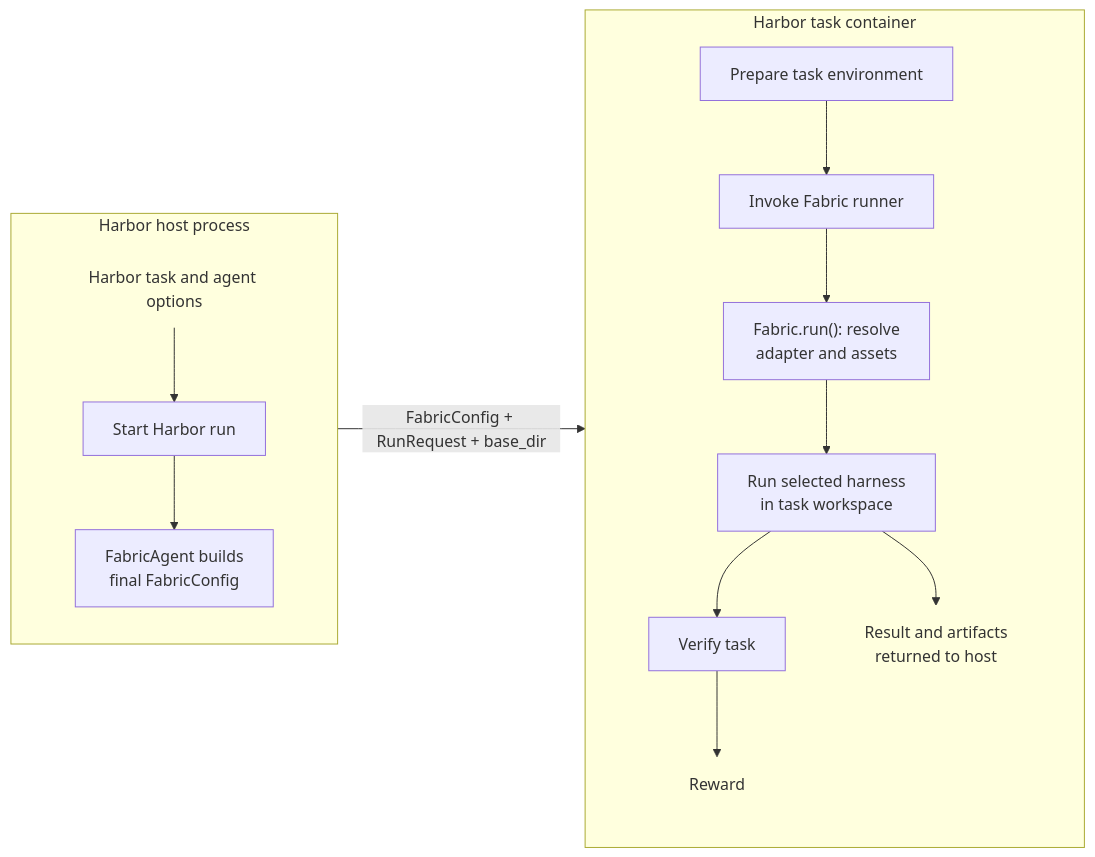
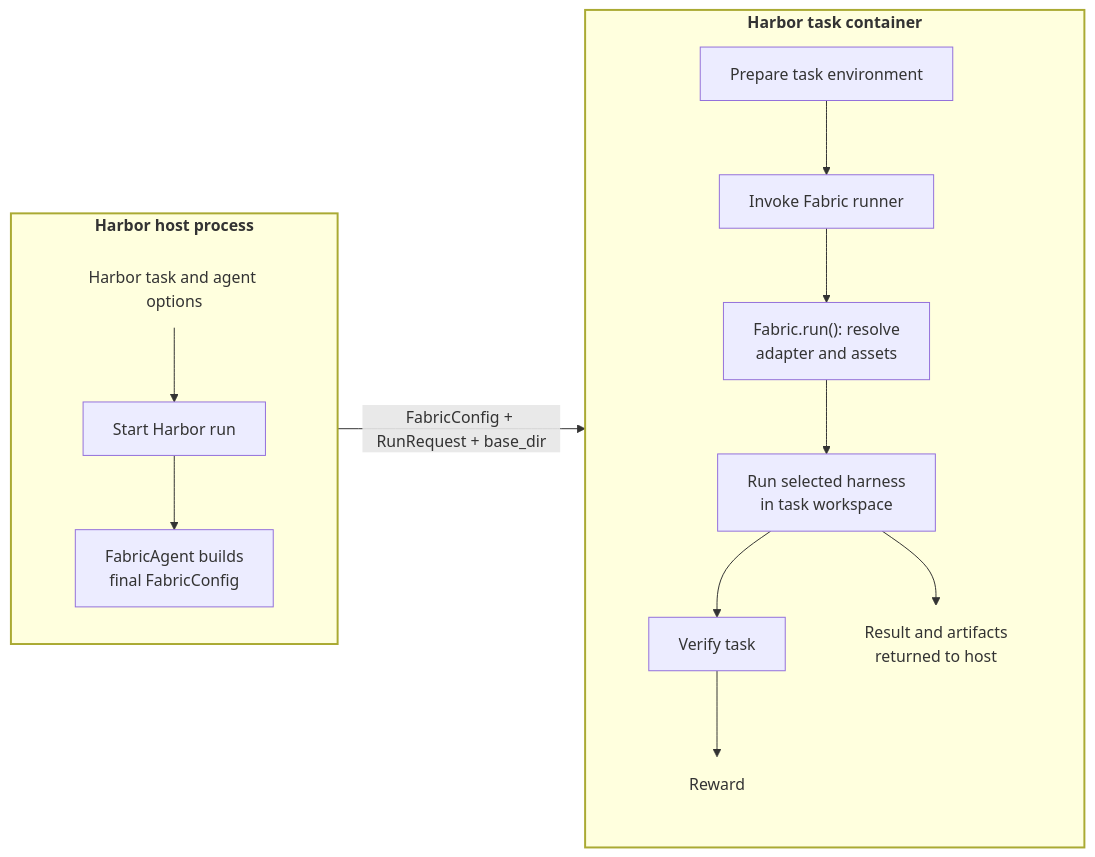
Before and after one commit to NVIDIA/NeMo-Fabric: the diagram in examples/harbor/README.md, drawn with Mermaid.

Commit message:
Emphasize Harbor process boundaries

````diff
--- a/examples/harbor/README.md
+++ b/examples/harbor/README.md
@@ -15,29 +15,31 @@
 ```mermaid
 flowchart LR
-    subgraph Host["Harbor host process"]
+    subgraph Host["<b>Harbor host process</b>"]
         direction TB
         Inputs["Harbor task and agent options"]:::data
         Start["Start Harbor run"]
         Build["FabricAgent builds<br/>final FabricConfig"]
 
         Inputs --> Start --> Build
     end
 
-    subgraph Container["Harbor task container"]
+    subgraph Container["<b>Harbor task container</b>"]
         direction TB
         Prepare["Prepare task environment"]
         Invoke["Invoke Fabric runner"]
         Resolve["Fabric.run(): resolve<br/>adapter and assets"]
         Execute["Run selected harness<br/>in task workspace"]
         Verify["Verify task"]
         Result["Result and artifacts<br/>returned to host"]:::data
         Reward["Reward"]:::data
 
         Prepare --> Invoke --> Resolve --> Execute --> Verify --> Reward
         Execute --> Result
     end
 
     Host -- "FabricConfig + RunRequest + base_dir" --> Container
 
     classDef data fill:transparent,stroke:transparent
+    style Host stroke-width:2px
+    style Container stroke-width:2px
 ```
````
